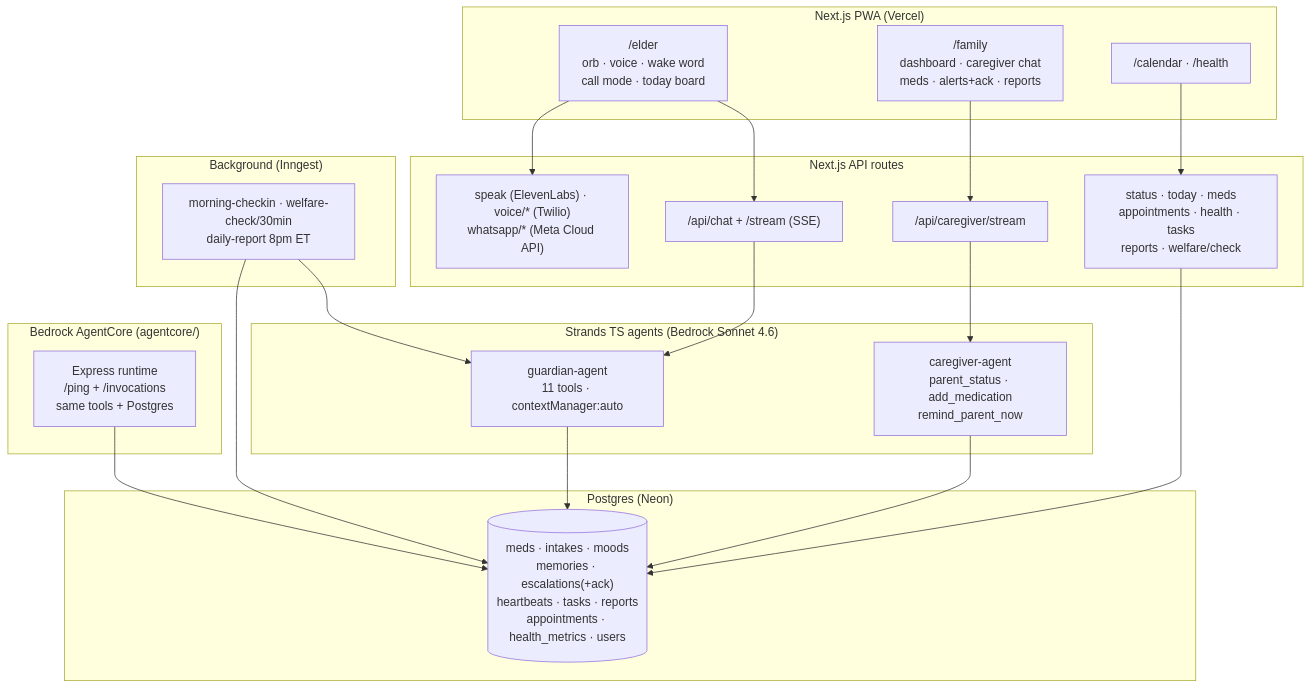
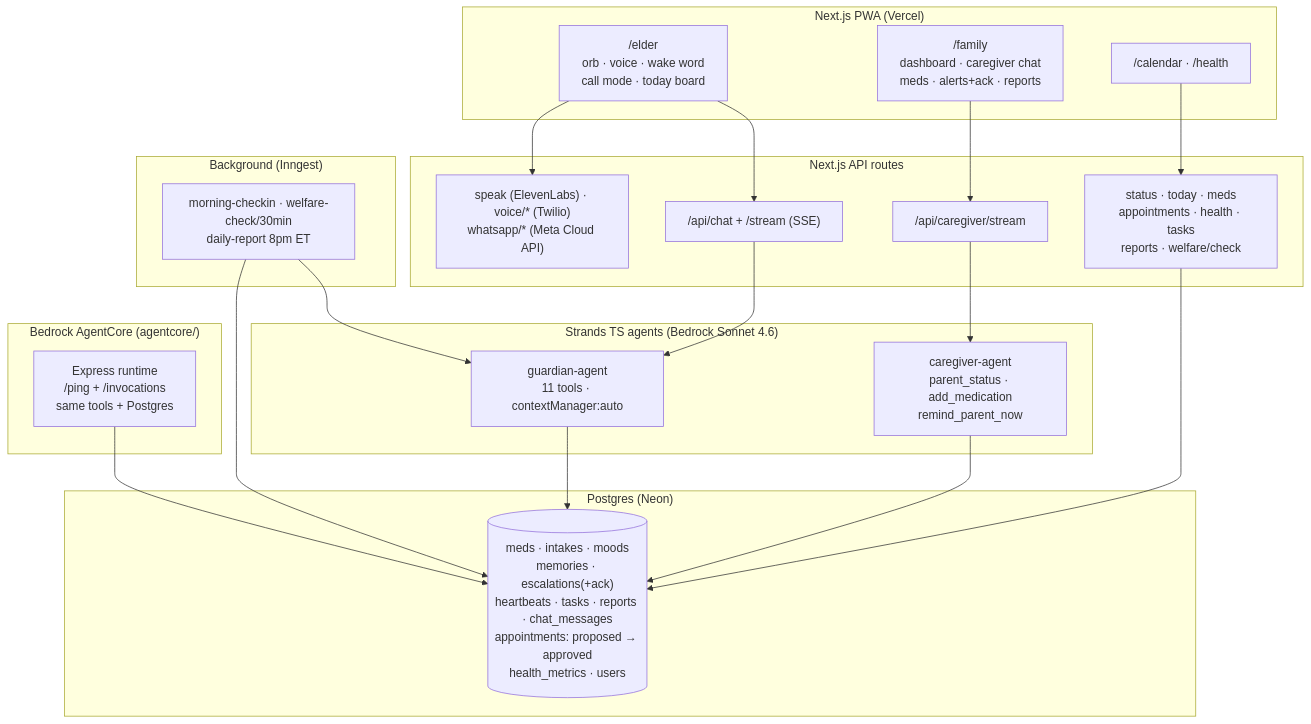
The diagram in ARCHITECTURE.md (Garinmckayl/kinship), drawn with Mermaid before and after one commit. The commit also changed other lines of this file and 23 other files, not shown here.

````diff
--- a/ARCHITECTURE.md
+++ b/ARCHITECTURE.md
@@ -3,45 +3,45 @@
 ```mermaid
 flowchart TB
     subgraph CLIENT["Next.js PWA (Vercel)"]
         E["/elder<br/>orb · voice · wake word<br/>call mode · today board"]
         F["/family<br/>dashboard · caregiver chat<br/>meds · alerts+ack · reports"]
         C["/calendar · /health"]
     end
 
     subgraph API["Next.js API routes"]
         CHAT["/api/chat + /stream (SSE)"]
         CG["/api/caregiver/stream"]
         REST["status · today · meds<br/>appointments · health · tasks<br/>reports · welfare/check"]
         VOICE["speak (ElevenLabs) · voice/* (Twilio)<br/>whatsapp/* (Meta Cloud API)"]
     end
 
     subgraph AGENTS["Strands TS agents (Bedrock Sonnet 4.6)"]
         G["guardian-agent<br/>11 tools · contextManager:auto"]
         CG2["caregiver-agent<br/>parent_status · add_medication<br/>remind_parent_now"]
     end
 
     subgraph DATA["Postgres (Neon)"]
-        DB[("meds · intakes · moods<br/>memories · escalations(+ack)<br/>heartbeats · tasks · reports<br/>appointments · health_metrics · users")]
+        DB[("meds · intakes · moods<br/>memories · escalations(+ack)<br/>heartbeats · tasks · reports · chat_messages<br/>appointments: proposed → approved<br/>health_metrics · users")]
     end
 
     subgraph BG["Background (Inngest)"]
         CRON["morning-checkin · welfare-check/30min<br/>daily-report 8pm ET"]
     end
 
     subgraph AC["Bedrock AgentCore (agentcore/)"]
         RT["Express runtime<br/>/ping + /invocations<br/>same tools + Postgres"]
     end
 
     E --> CHAT
     F --> CG
     C --> REST
     E --> VOICE
     CHAT --> G
     CG --> CG2
     REST --> DB
     G --> DB
     CG2 --> DB
     CRON --> G
     CRON --> DB
     RT --> DB
 ```
````
